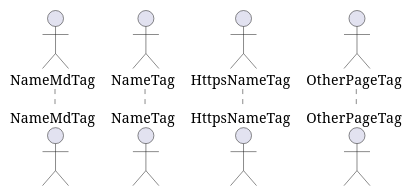
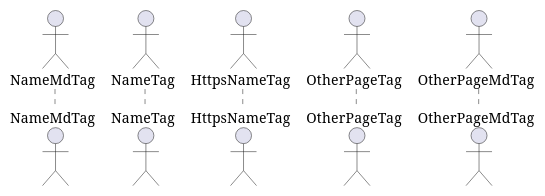
The diagram in README.md (jsqu4re/docsify-puml-sample), drawn with PlantUML before and after one commit. The commit also changed other lines of this file, not shown here.

````diff
--- a/README.md
+++ b/README.md
@@ -19,8 +22,9 @@
 ```plantuml
 @startuml
 actor NameMdTag [[$./README.md#vesci-aethere-mortis-alta-paterque]]
 actor NameTag [[$./README#vesci-aethere-mortis-alta-paterque]]
 actor HttpsNameTag [[https://jsqu4re.github.io/docsify-puml-sample/#/README?id=vesci-aethere-mortis-alta-paterque]]
 actor OtherPageTag [[$./Test#test]]
+actor OtherPageMdTag [[$./Test.md#test]]
 @enduml
 ```
````
